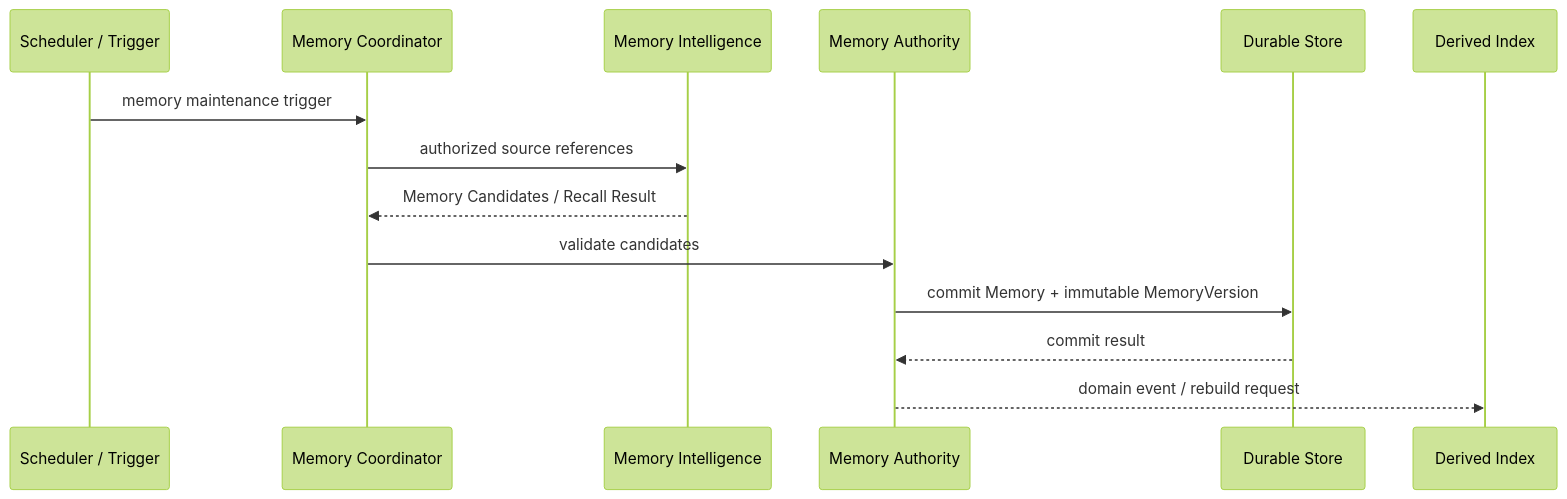
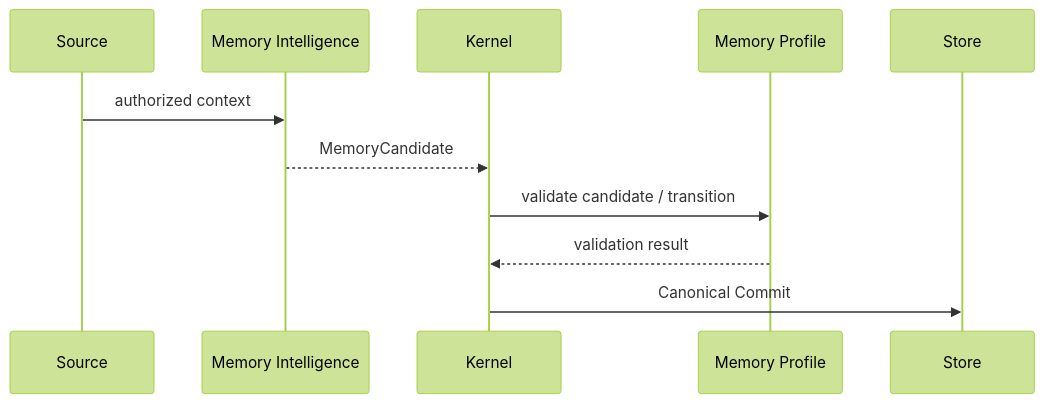
Before and after one commit to wzw57/OpenShadow: the fourth of 6 diagrams in docs/technical-architecture.md, drawn with Mermaid (forest theme). The commit also changed other lines of this file, not shown here.

Commit message:
docs: align docs/technical-architecture.md with tiny kernel profiles

```diff
--- a/docs/technical-architecture.md
+++ b/docs/technical-architecture.md
@@ -464,17 +532,14 @@
 ~~~mermaid
 sequenceDiagram
-    participant SCH as Scheduler / Trigger
-    participant MC as Memory Coordinator
-    participant MI as Memory Intelligence
-    participant MA as Memory Authority
-    participant DS as Durable Store
-    participant IX as Derived Index
+    participant Source
+    participant Intelligence as Memory Intelligence
+    participant Kernel
+    participant Profile as Memory Profile
+    participant Store
 
-    SCH->>MC: memory maintenance trigger
-    MC->>MI: authorized source references
-    MI-->>MC: Memory Candidates / Recall Result
-    MC->>MA: validate candidates
-    MA->>DS: commit Memory + immutable MemoryVersion
-    DS-->>MA: commit result
-    MA-->>IX: domain event / rebuild request
+    Source->>Intelligence: authorized context
+    Intelligence-->>Kernel: MemoryCandidate
+    Kernel->>Profile: validate candidate / transition
+    Profile-->>Kernel: validation result
+    Kernel->>Store: Canonical Commit
 ~~~
```
